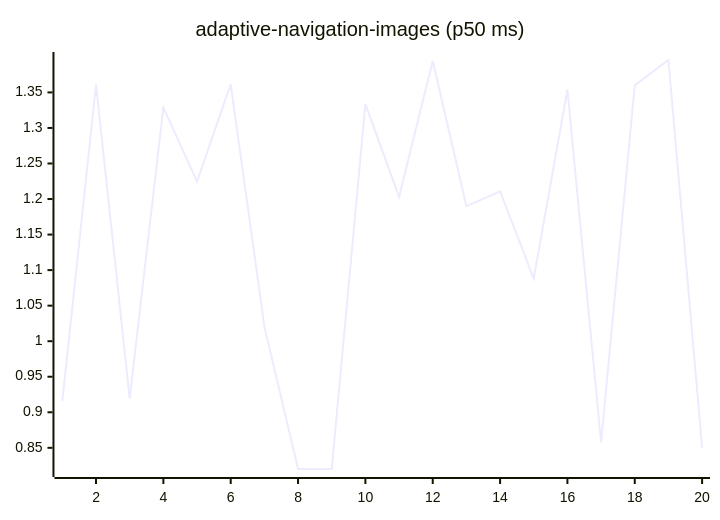
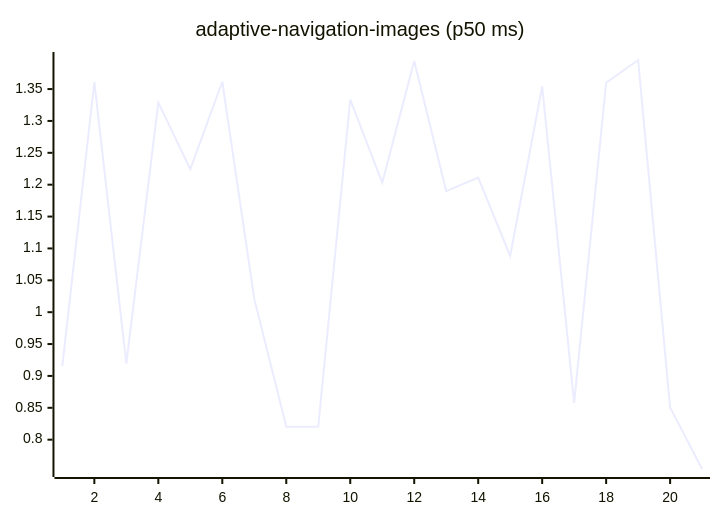
Before and after one commit to josha/Facet: the first of 27 diagrams in README.md, drawn with Mermaid. The commit also changed other lines of this file and 2 other files, not shown here.

````diff
--- a/README.md
+++ b/README.md
@@ -63,6 +63,6 @@
 ```mermaid
 xychart-beta
     title "adaptive-navigation-images (p50 ms)"
-    x-axis 1 --> 20
-    line [0.9159, 1.3609, 0.9193, 1.3288, 1.2245, 1.3615, 1.0208, 0.8202, 0.8203, 1.3336, 1.2030, 1.3942, 1.1900, 1.2110, 1.0882, 1.3541, 0.8576, 1.3599, 1.3956, 0.8504]
+    x-axis 1 --> 21
+    line [0.9159, 1.3609, 0.9193, 1.3288, 1.2245, 1.3615, 1.0208, 0.8202, 0.8203, 1.3336, 1.2030, 1.3942, 1.1900, 1.2110, 1.0882, 1.3541, 0.8576, 1.3599, 1.3956, 0.8504, 0.7540]
 ```
````
